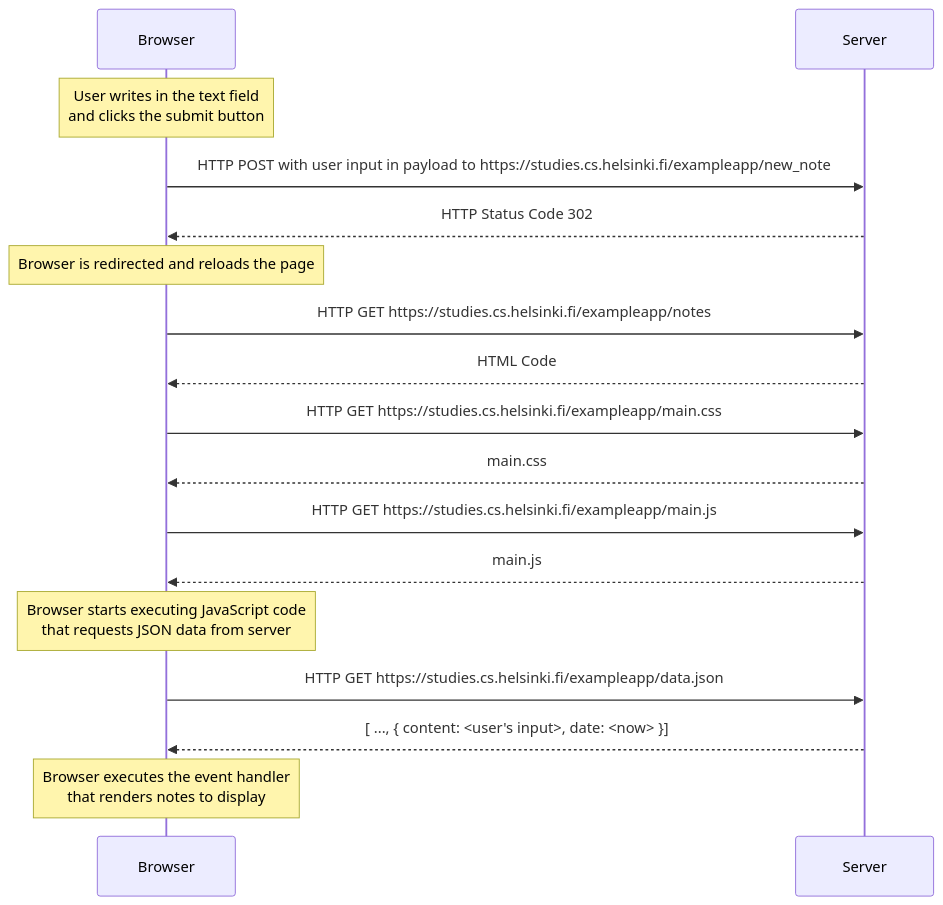
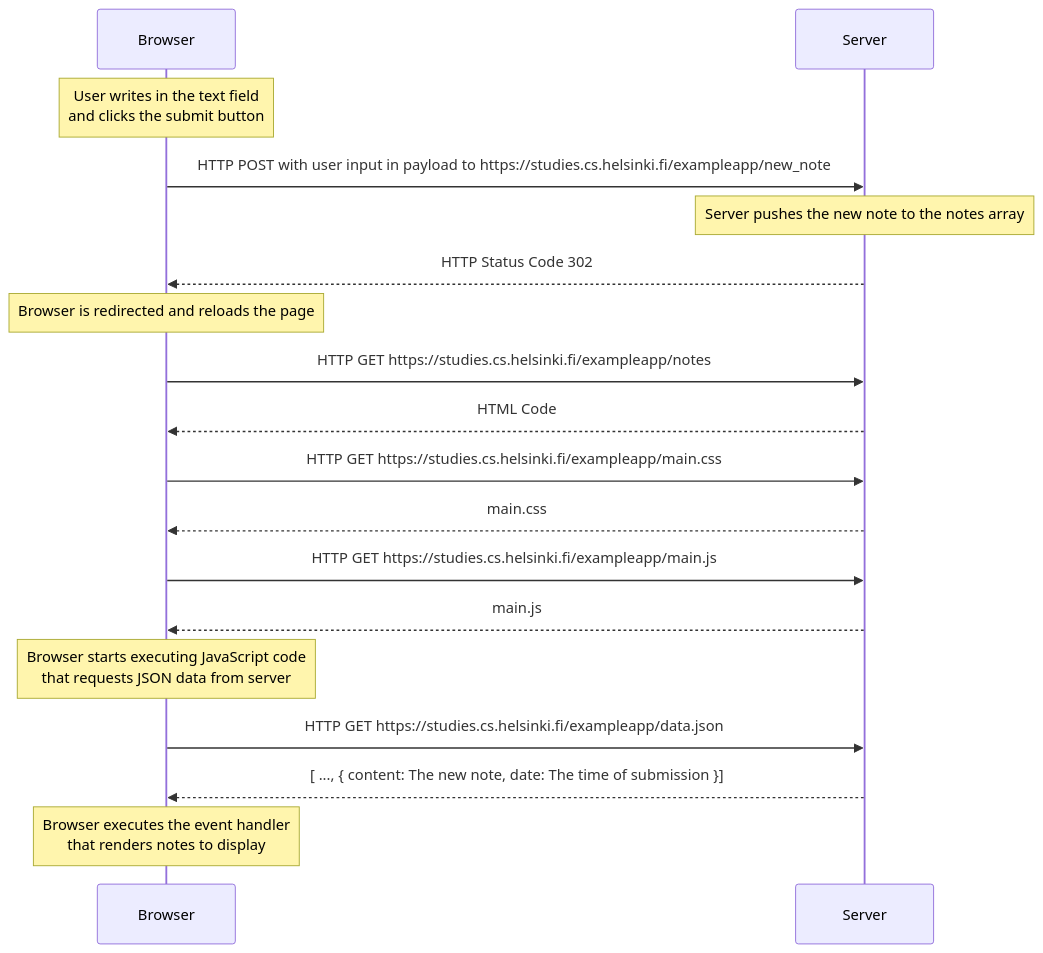
One commit to kcmaxwell/fullstackopen changed the diagram in part0/0.4.md. Above: the diagram before and after it, drawn with Mermaid.

Commit message:
Added to exercise 0.4

````diff
--- a/part0/0.4.md
+++ b/part0/0.4.md
@@ -1,19 +1,20 @@
 ```mermaid
 sequenceDiagram
   participant B as Browser
   participant S as Server
   Note over B: User writes in the text field<br> and clicks the submit button
   B->>S: HTTP POST with user input in payload to https://studies.cs.helsinki.fi/exampleapp/new_note
+  Note over S: Server pushes the new note to the notes array
   S-->>B: HTTP Status Code 302
   Note over B: Browser is redirected and reloads the page
   B->>S: HTTP GET https://studies.cs.helsinki.fi/exampleapp/notes
   S-->>B: HTML Code
   B->>S: HTTP GET https://studies.cs.helsinki.fi/exampleapp/main.css
   S-->>B: main.css
   B->>S: HTTP GET https://studies.cs.helsinki.fi/exampleapp/main.js
   S-->>B: main.js
   Note over B: Browser starts executing JavaScript code<br> that requests JSON data from server
   B->>S: HTTP GET https://studies.cs.helsinki.fi/exampleapp/data.json
-  S-->>B: [ ..., { content: <user's input>, date: <now> }]
+  S-->>B: [ ..., { content: The new note, date: The time of submission }]
   Note over B: Browser executes the event handler<br>that renders notes to display
 ```
````
